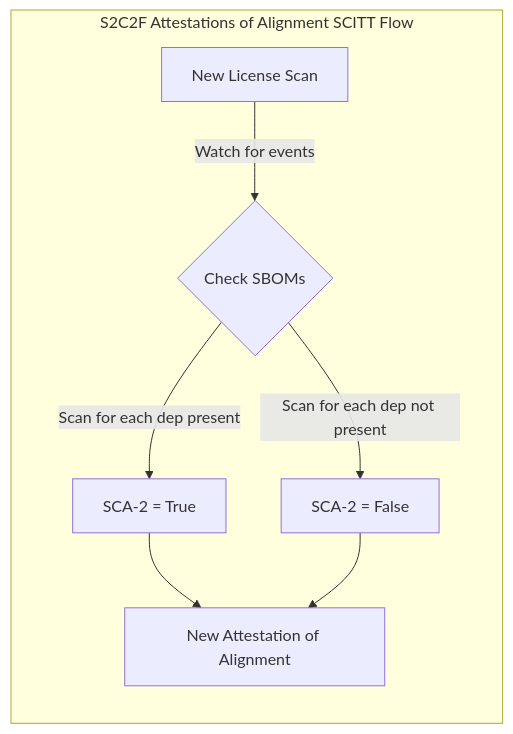
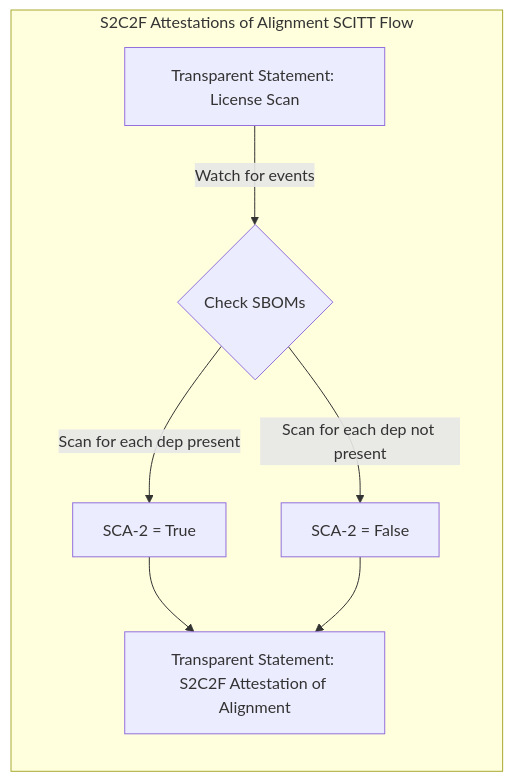
The diagram in docs/s2c2f.md (johnandersen777/scitt-api-emulator), drawn with Mermaid before and after one commit.

````diff
--- a/docs/s2c2f.md
+++ b/docs/s2c2f.md
@@ -17,16 +17,16 @@
 ```mermaid
 graph LR
     subgraph s2c2f_attestations_of_alignment[S2C2F Attestations of Alignment SCITT Flow]
-        new_license_scan[New License Scan]
-        new_attestation_of_alignment[New Attestation of Alignment]
+        new_license_scan[Transparent Statement: License Scan]
+        new_attestation_of_alignment[Transparent Statement: S2C2F Attestation of Alignment]
         check_sboms{Check SBOMs}
         sca_2_true["SCA-2 = True"]
         sca_2_false["SCA-2 = False"]
 
         new_license_scan -- "Watch for events" --> check_sboms
         check_sboms -- "Scan for each dep present" --> sca_2_true
         check_sboms -- "Scan for each dep not present" --> sca_2_false
         sca_2_true --> new_attestation_of_alignment
         sca_2_false --> new_attestation_of_alignment
     end
 ```
````
